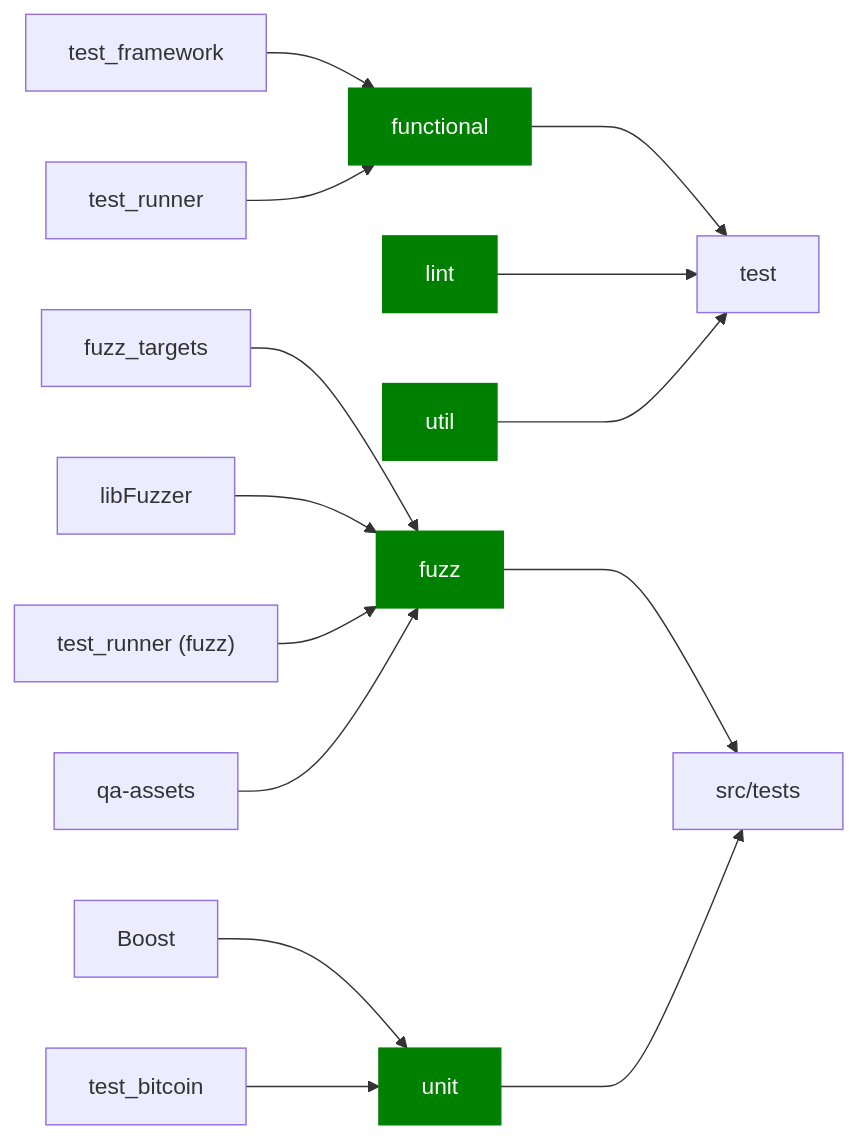
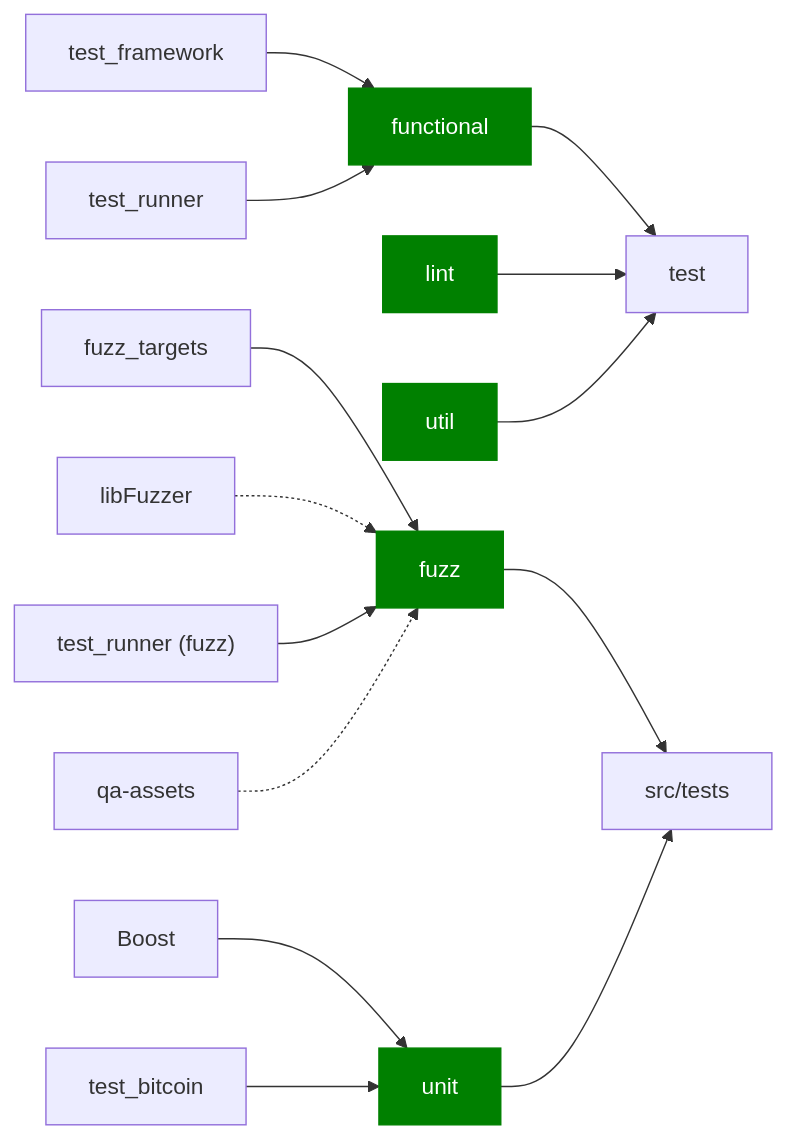
One commit to chaincodelabs/onboarding-to-bitcoin-core changed the fourth of 5 diagrams in 02_architecture.adoc. Above: the diagram before and after it, drawn with Mermaid. The commit also changed other lines of this file and 2 other files, not shown here.

Commit message:
Update architecture flowcharts, add tables

```diff
--- a/02_architecture.adoc
+++ b/02_architecture.adoc
@@ -63,23 +193,23 @@
 [mermaid, target=bitcoin-core-tests, format=svg]
 ....
 flowchart LR
     TR1[test_runner]
-    functional ---> test
-    lint ---> test
-    util ---> test
+    functional --> test
+    lint --> test
+    util --> test
     test_framework --> functional
     TR1 --> functional
 
     TR2["test_runner (fuzz)"]
     fuzz_targets --> fuzz
-    fuzz ---> src/tests
-    libFuzzer --> fuzz
+    fuzz --> src/tests
+    libFuzzer -.-> fuzz
     TR2 --> fuzz
-    qa-assets --> fuzz
-    unit ---> src/tests
+    qa-assets -.-> fuzz
+    unit --> src/tests
     Boost --> unit
     test_bitcoin --> unit
 
     classDef types fill:green,color:white,stroke:green;
     class functional,lint,util,fuzz,unit types
 ....
```
